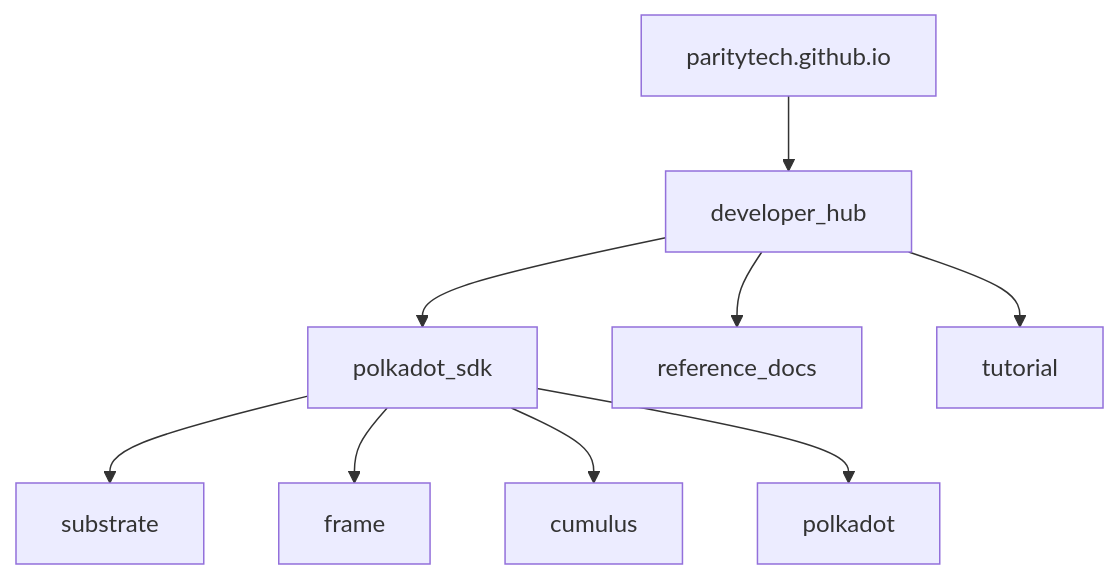
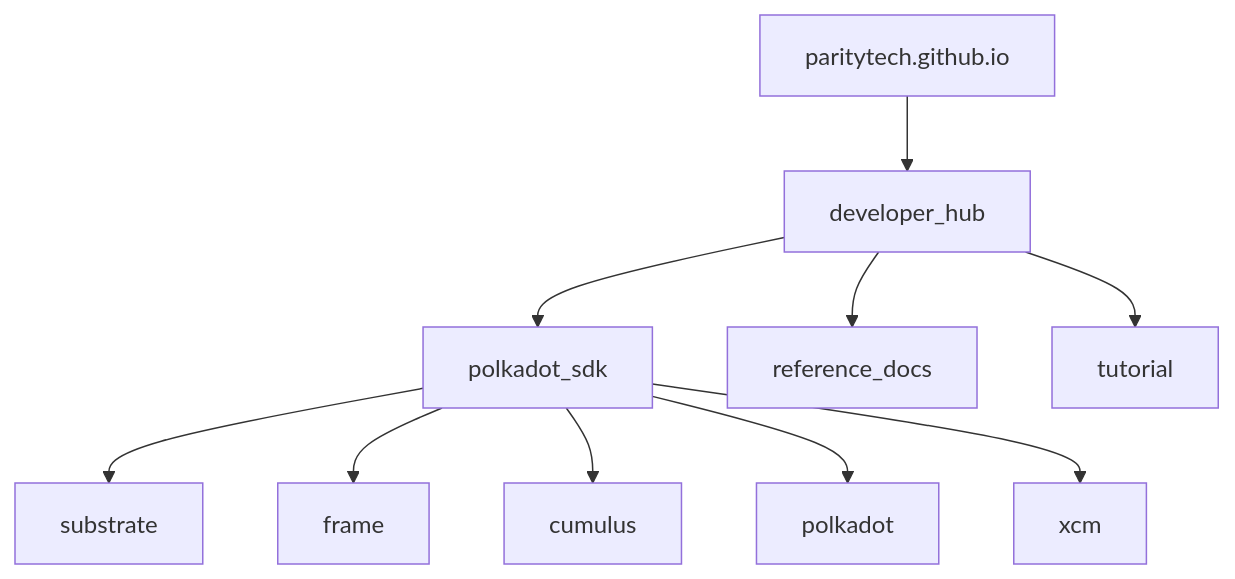
One commit to paritytech/polkadot-sdk changed the diagram in docs/mermaid/IA.mmd. Above: the diagram before and after it, drawn with Mermaid. The commit also changed 8 other files, not shown here.

```diff
--- a/docs/mermaid/IA.mmd
+++ b/docs/mermaid/IA.mmd
@@ -1,11 +1,12 @@
 flowchart
     parity[paritytech.github.io] --> devhub[developer_hub]
 
     devhub --> polkadot_sdk
     devhub --> reference_docs
     devhub --> tutorial
 
     polkadot_sdk --> substrate
     polkadot_sdk --> frame
     polkadot_sdk --> cumulus
     polkadot_sdk --> polkadot
+    polkadot_sdk --> xcm
```
